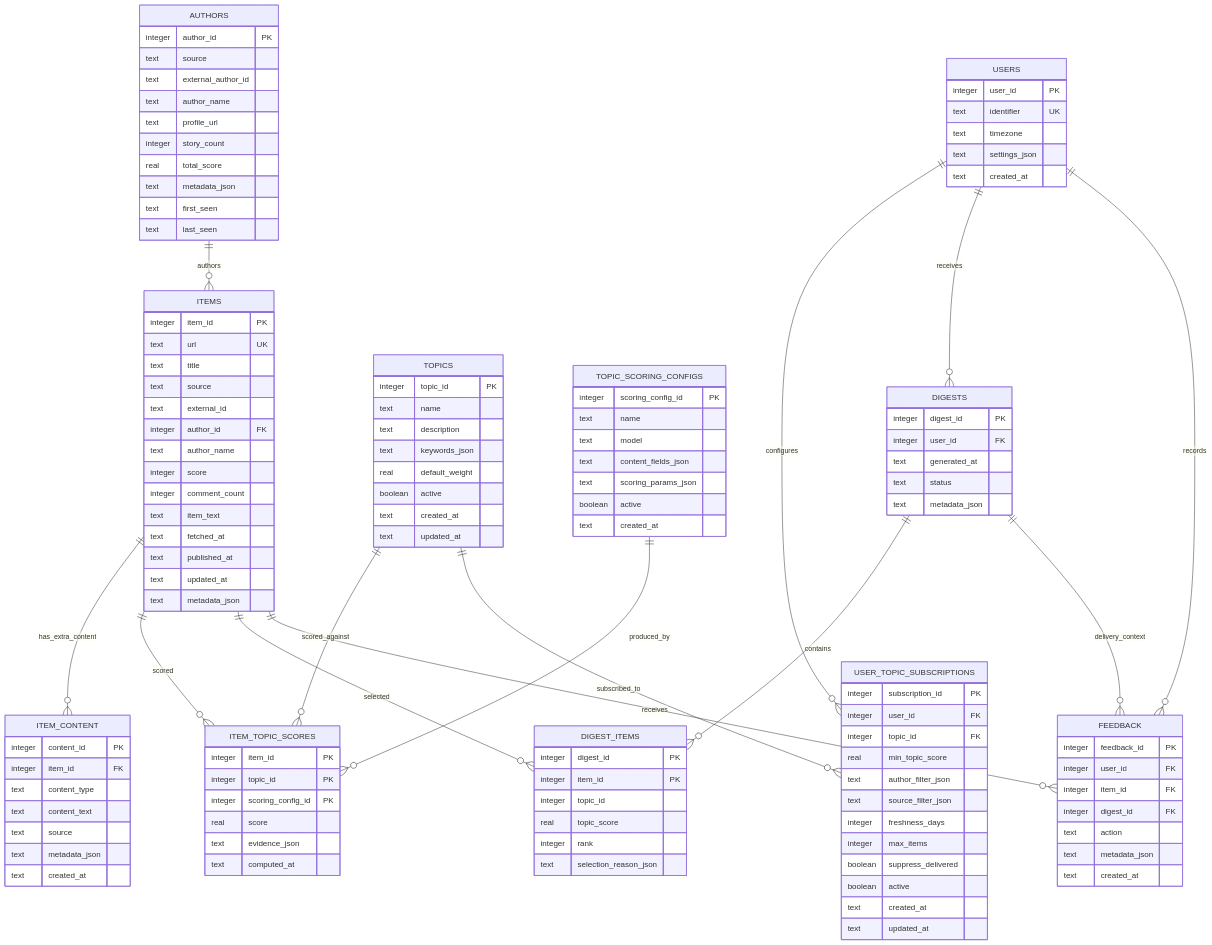
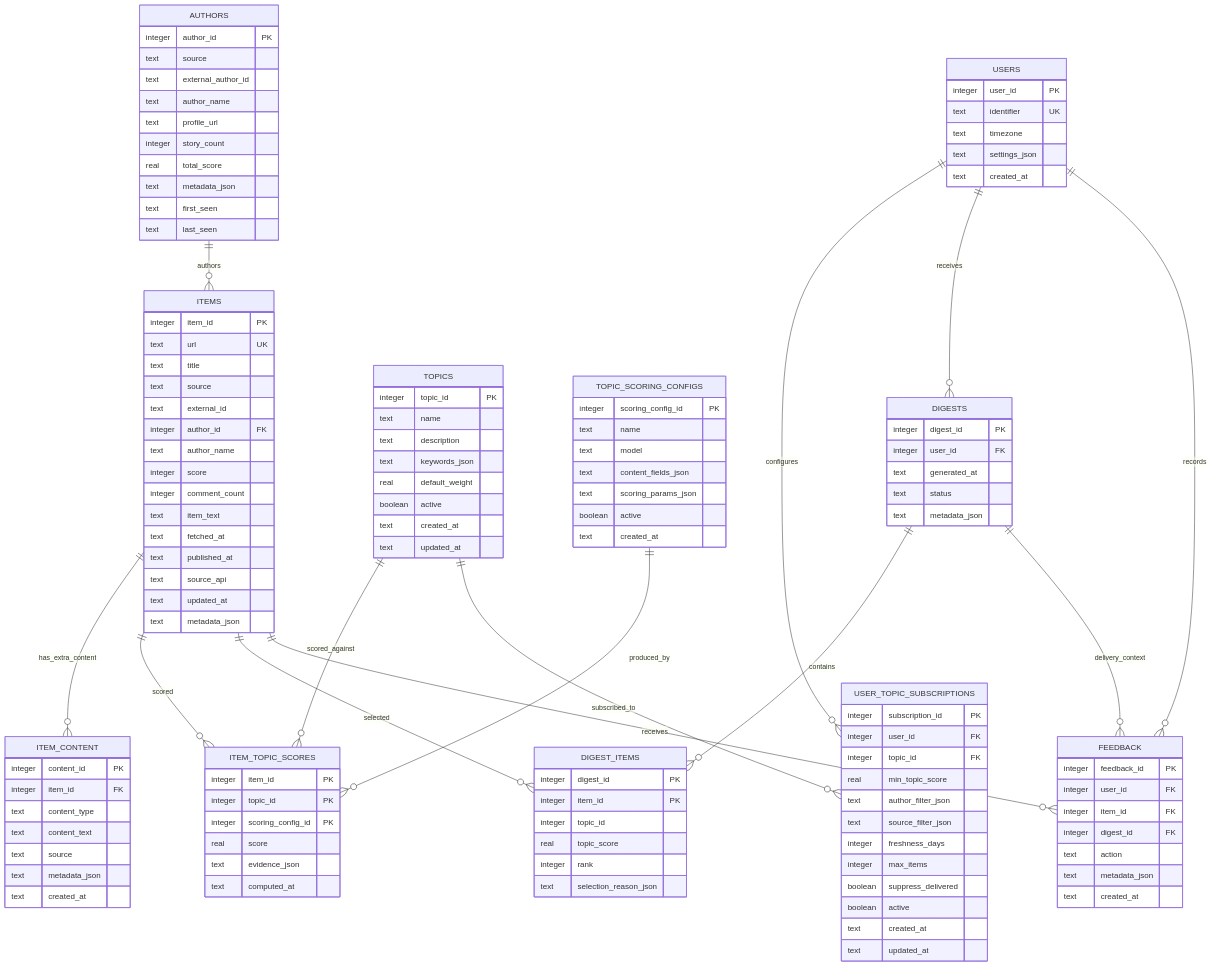
The sixth of 6 diagrams in ARCHITECTURE.md (centerfield1904/knowledge-os), drawn with Mermaid before and after one commit. The commit also changed other lines of this file and 4 other files, not shown here.

```diff
--- a/ARCHITECTURE.md
+++ b/ARCHITECTURE.md
@@ -287,6 +292,7 @@
         text item_text
         text fetched_at
         text published_at
+        text source_api
         text updated_at
         text metadata_json
     }
```
